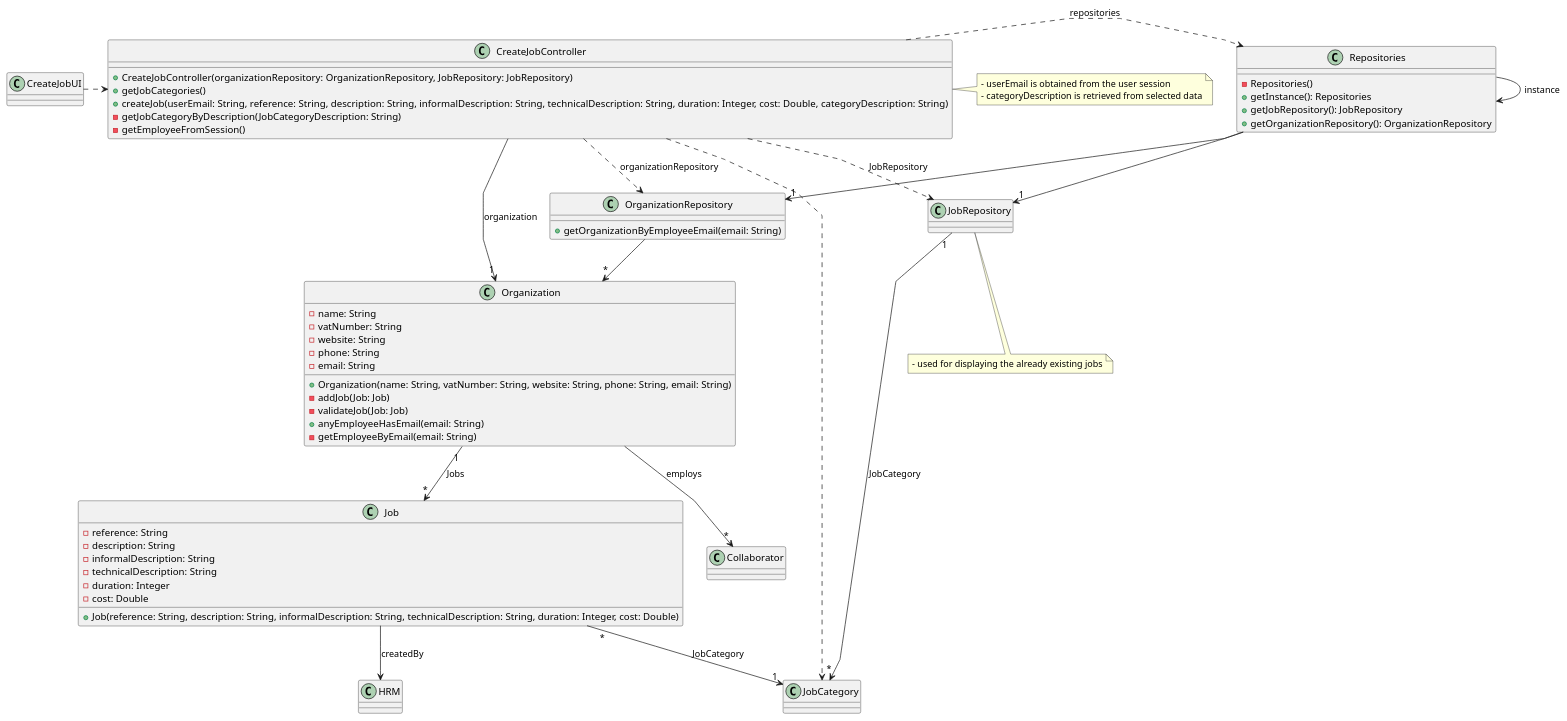
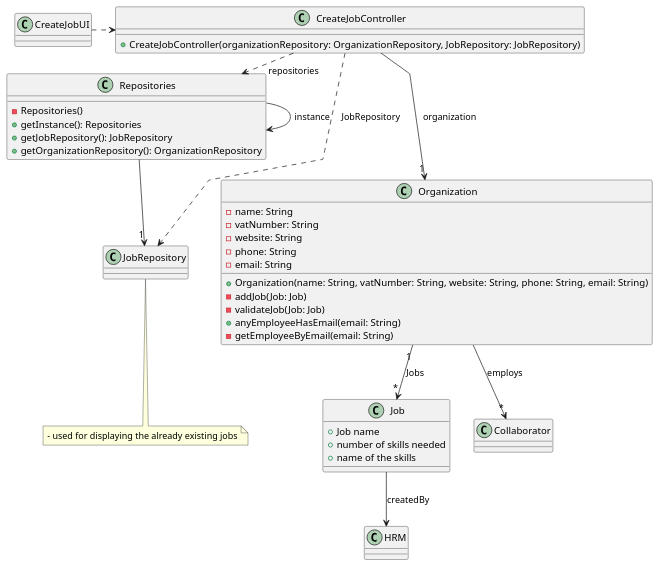
The diagram in docs/sprintB/us002/03.design/puml/us002-class-diagram.puml (Departamento-de-Engenharia-Informatica/lei-24-s2-1dl-g121), drawn with PlantUML before and after one commit. The commit also changed 3 other files, not shown here.

```diff
--- a/docs/sprintB/us002/03.design/puml/us002-class-diagram.puml
+++ b/docs/sprintB/us002/03.design/puml/us002-class-diagram.puml
@@ -1,92 +1,73 @@
 @startuml
 'skinparam monochrome true
 skinparam packageStyle rectangle
 skinparam shadowing false
 skinparam linetype polyline
 
 'class Employee {
 '    - name: String
 '    - email: String
 '    - position: String
 '    - phone: String
 '}
 
 class Job {
-    - reference: String
-    - description: String
-    - informalDescription: String
-    - technicalDescription: String
-    - duration: Integer
-    - cost: Double
-    + Job(reference: String, description: String, informalDescription: String, technicalDescription: String, duration: Integer, cost: Double)
+    + Job name
+    + number of skills needed
+    + name of the skills
 }
 
 'class JobCategory {
 '    - description: String
 '    + JobCategory(description: String)
 '}
 
 class Organization {
     - name: String
     - vatNumber: String
     - website: String
     - phone: String
     - email: String
     + Organization(name: String, vatNumber: String, website: String, phone: String, email: String)
     - addJob(Job: Job)
     - validateJob(Job: Job)
     + anyEmployeeHasEmail(email: String)
     - getEmployeeByEmail(email: String)
 }
 
 class JobRepository {
 
 }
 
-class OrganizationRepository {
-    + getOrganizationByEmployeeEmail(email: String)
-}
+
 
 class Repositories {
     - Repositories()
     + getInstance(): Repositories
     + getJobRepository(): JobRepository
     + getOrganizationRepository(): OrganizationRepository
 }
 
 class CreateJobController {
     + CreateJobController(organizationRepository: OrganizationRepository, JobRepository: JobRepository)
-    + getJobCategories()
-    + createJob(userEmail: String, reference: String, description: String, informalDescription: String, technicalDescription: String, duration: Integer, cost: Double, categoryDescription: String)
-    - getJobCategoryByDescription(JobCategoryDescription: String)
-    - getEmployeeFromSession()
+
 }
 
-note right of CreateJobController
-    - userEmail is obtained from the user session
-    - categoryDescription is retrieved from selected data
-end note
 
 note bottom of JobRepository
     - used for displaying the already existing jobs
 end note
 
 class CreateJobUI {
 }
 
 Repositories -> Repositories : instance
 CreateJobUI .> CreateJobController
 CreateJobController .> Repositories : repositories
 Repositories -> "1" JobRepository
-CreateJobController ..> JobCategory
-CreateJobController ..> OrganizationRepository : organizationRepository
 CreateJobController ..> JobRepository : JobRepository
-Repositories --> "1" OrganizationRepository
-OrganizationRepository --> "*" Organization
 CreateJobController --> "1" Organization : organization
-Job "*" --> "1" JobCategory : JobCategory
-JobRepository "1" --> "*" JobCategory : JobCategory
 Organization "1" --> "*" Job : Jobs
 Job --> HRM : createdBy
 Organization --> "*" Collaborator : employs
 @enduml
```
